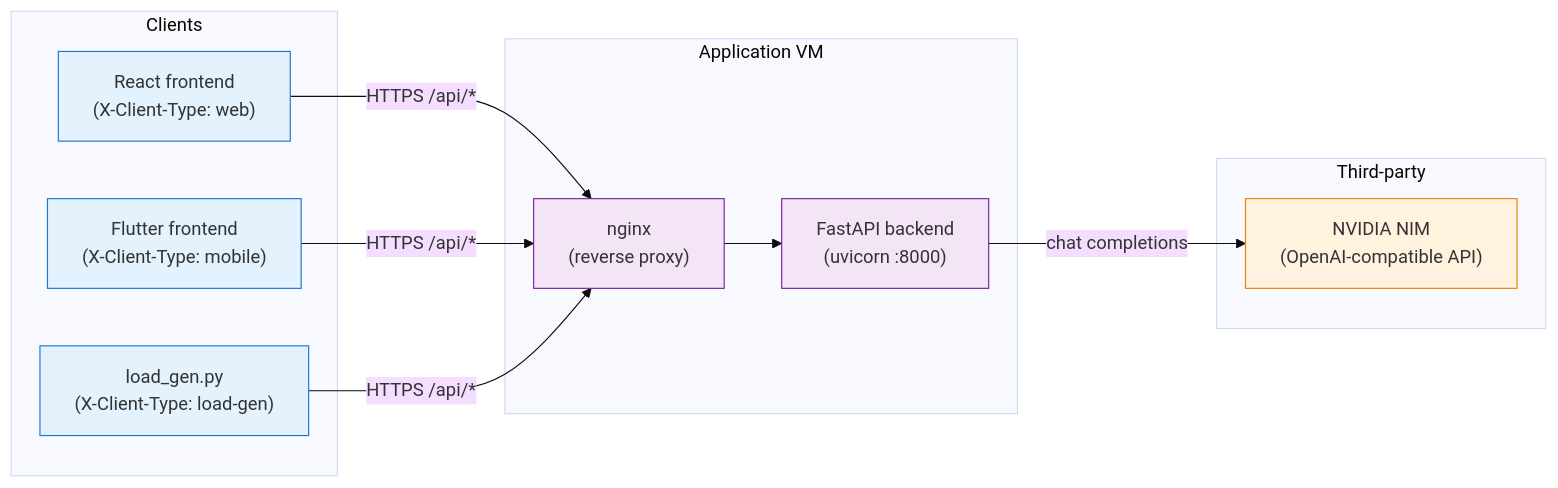
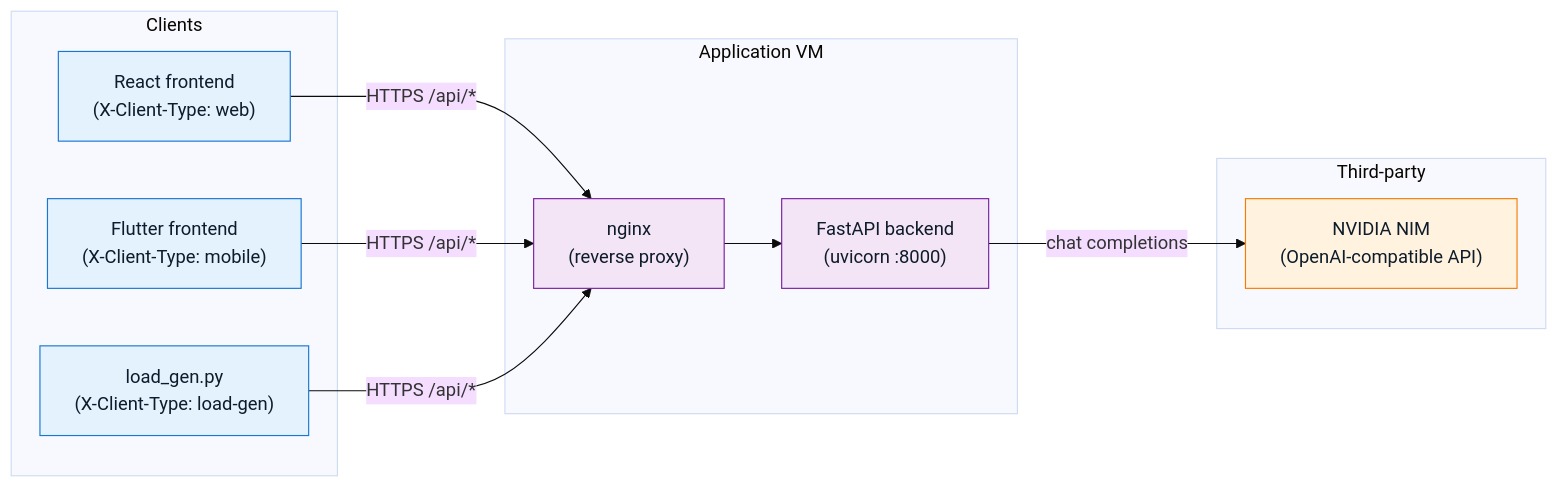
Before and after one commit to clydeanderson-dt/nvidia-chatbot: the first of 4 diagrams in docs/diagrams.md, drawn with Mermaid (base theme). The commit also changed other lines of this file, not shown here.

````diff
--- a/docs/diagrams.md
+++ b/docs/diagrams.md
@@ -17,30 +17,30 @@
 ```mermaid
 flowchart LR
     subgraph clients["Clients"]
         web["React frontend<br/>(X-Client-Type: web)"]
         mobile["Flutter frontend<br/>(X-Client-Type: mobile)"]
         lg["load_gen.py<br/>(X-Client-Type: load-gen)"]
     end
 
     subgraph vm["Application VM"]
         nginx["nginx<br/>(reverse proxy)"]
         backend["FastAPI backend<br/>(uvicorn :8000)"]
     end
 
     subgraph thirdparty["Third-party"]
         nim["NVIDIA NIM<br/>(OpenAI-compatible API)"]
     end
 
     web -- "HTTPS /api/*" --> nginx
     mobile -- "HTTPS /api/*" --> nginx
     lg -- "HTTPS /api/*" --> nginx
     nginx --> backend
     backend -- "chat completions" --> nim
 
-    classDef client fill:#e3f2fd,stroke:#1976d2
-    classDef infra fill:#f3e5f5,stroke:#7b1fa2
-    classDef external fill:#fff3e0,stroke:#f57c00
+    classDef client fill:#e3f2fd,stroke:#1976d2,color:#0d1b2a
+    classDef infra fill:#f3e5f5,stroke:#7b1fa2,color:#0d1b2a
+    classDef external fill:#fff3e0,stroke:#f57c00,color:#0d1b2a
     class web,mobile,lg client
     class nginx,backend infra
     class nim external
 ```
````
